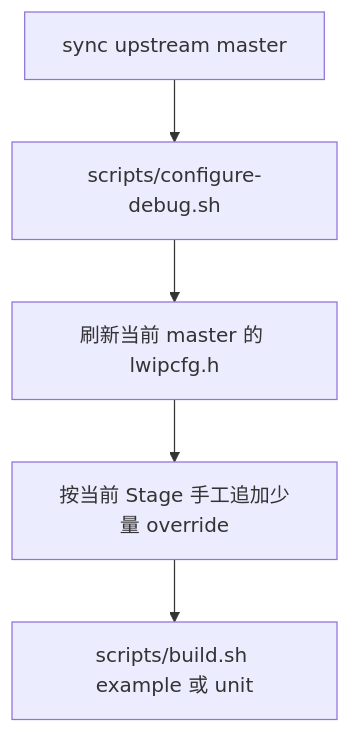
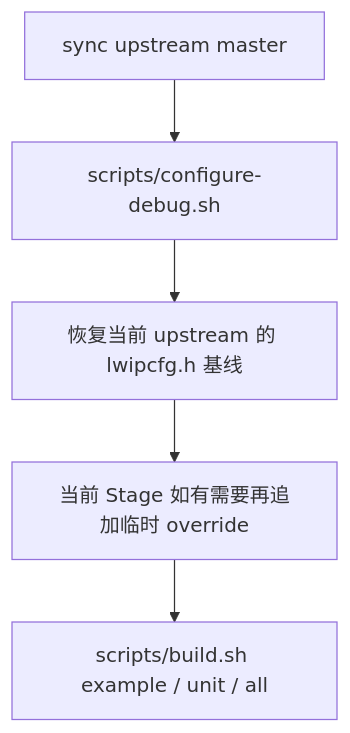
The first of 4 diagrams in docs/01-linux-lwip-lab.md (wdfk-prog/lwIP-Source-Lab), drawn with Mermaid before and after one commit. The commit also changed other lines of this file and 49 other files, not shown here.

````diff
--- a/docs/01-linux-lwip-lab.md
+++ b/docs/01-linux-lwip-lab.md
@@ -101,7 +189,7 @@
 ```mermaid
 flowchart TD
     A["sync upstream master"] --> B["scripts/configure-debug.sh"]
-    B --> C["刷新当前 master 的 lwipcfg.h"]
-    C --> D["按当前 Stage 手工追加少量 override"]
-    D --> E["scripts/build.sh example 或 unit"]
+    B --> C["恢复当前 upstream 的 lwipcfg.h 基线"]
+    C --> D["当前 Stage 如有需要再追加临时 override"]
+    D --> E["scripts/build.sh example / unit / all"]
 ```
````
